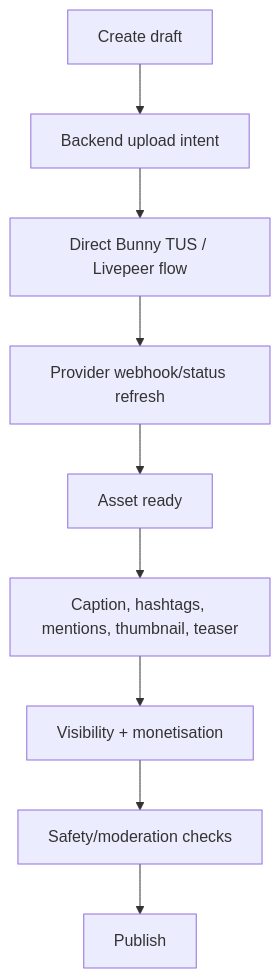
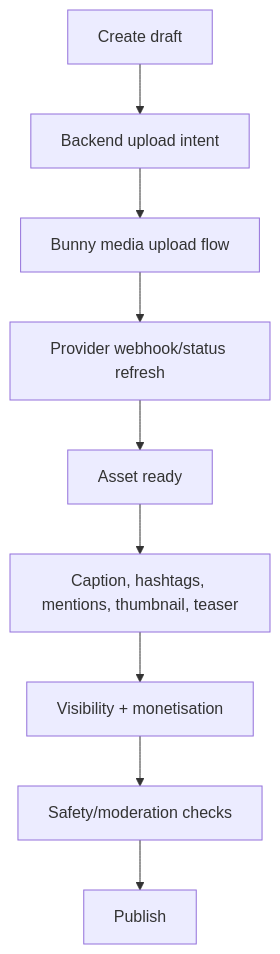
The third of 6 diagrams in docs/v2-new-build/product-flows.md (mariospeterman/VEEL-v2), drawn with Mermaid before and after one commit. The commit also changed other lines of this file and 245 other files, not shown here.

````diff
--- a/docs/v2-new-build/product-flows.md
+++ b/docs/v2-new-build/product-flows.md
@@ -126,11 +129,11 @@
 ```mermaid
 flowchart TD
   Draft["Create draft"] --> UploadIntent["Backend upload intent"]
-  UploadIntent --> ProviderUpload["Direct Bunny TUS / Livepeer flow"]
+  UploadIntent --> ProviderUpload["Bunny media upload flow"]
   ProviderUpload --> ProviderWebhook["Provider webhook/status refresh"]
   ProviderWebhook --> Ready["Asset ready"]
   Ready --> Metadata["Caption, hashtags, mentions, thumbnail, teaser"]
   Metadata --> Access["Visibility + monetisation"]
   Access --> Review["Safety/moderation checks"]
   Review --> Publish["Publish"]
 ```
````
